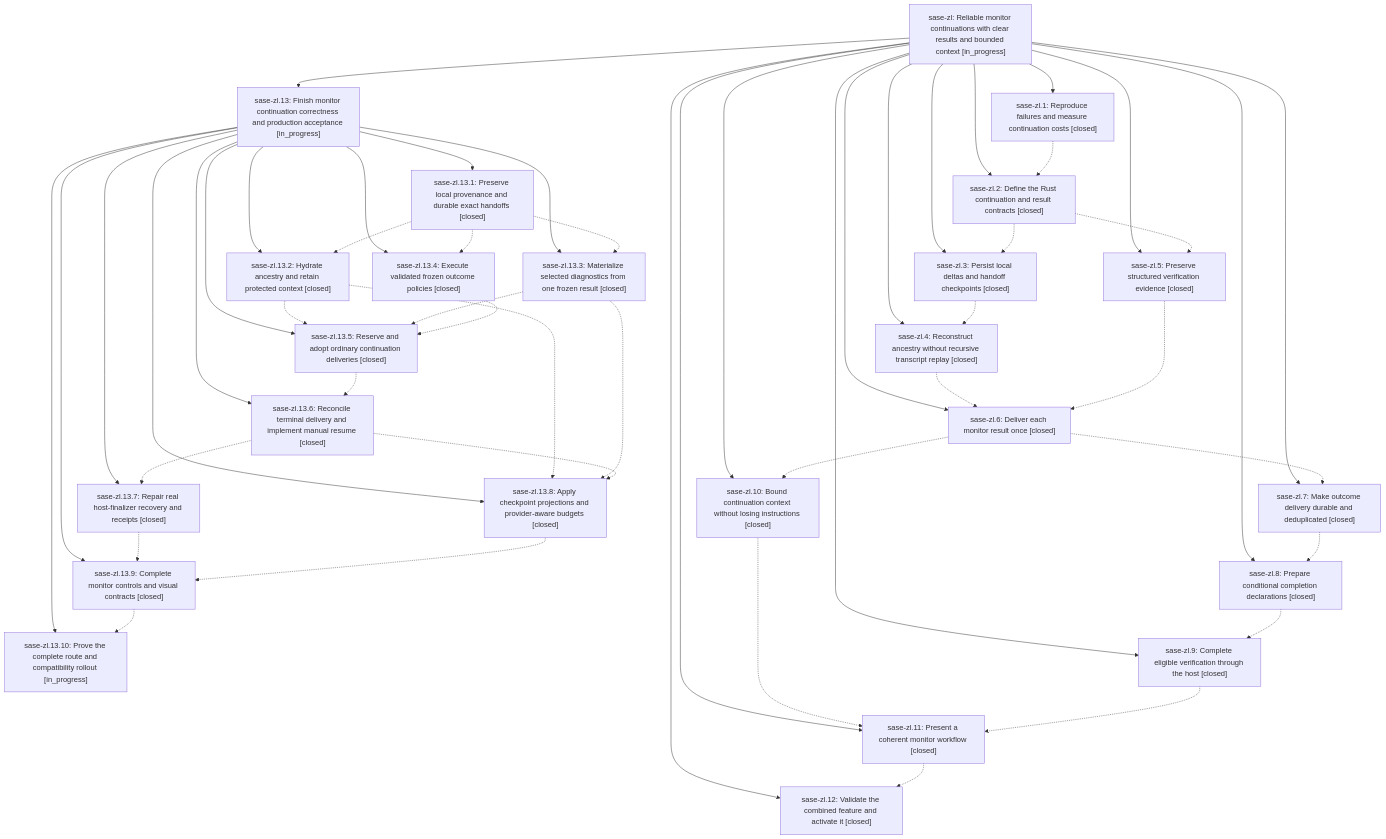
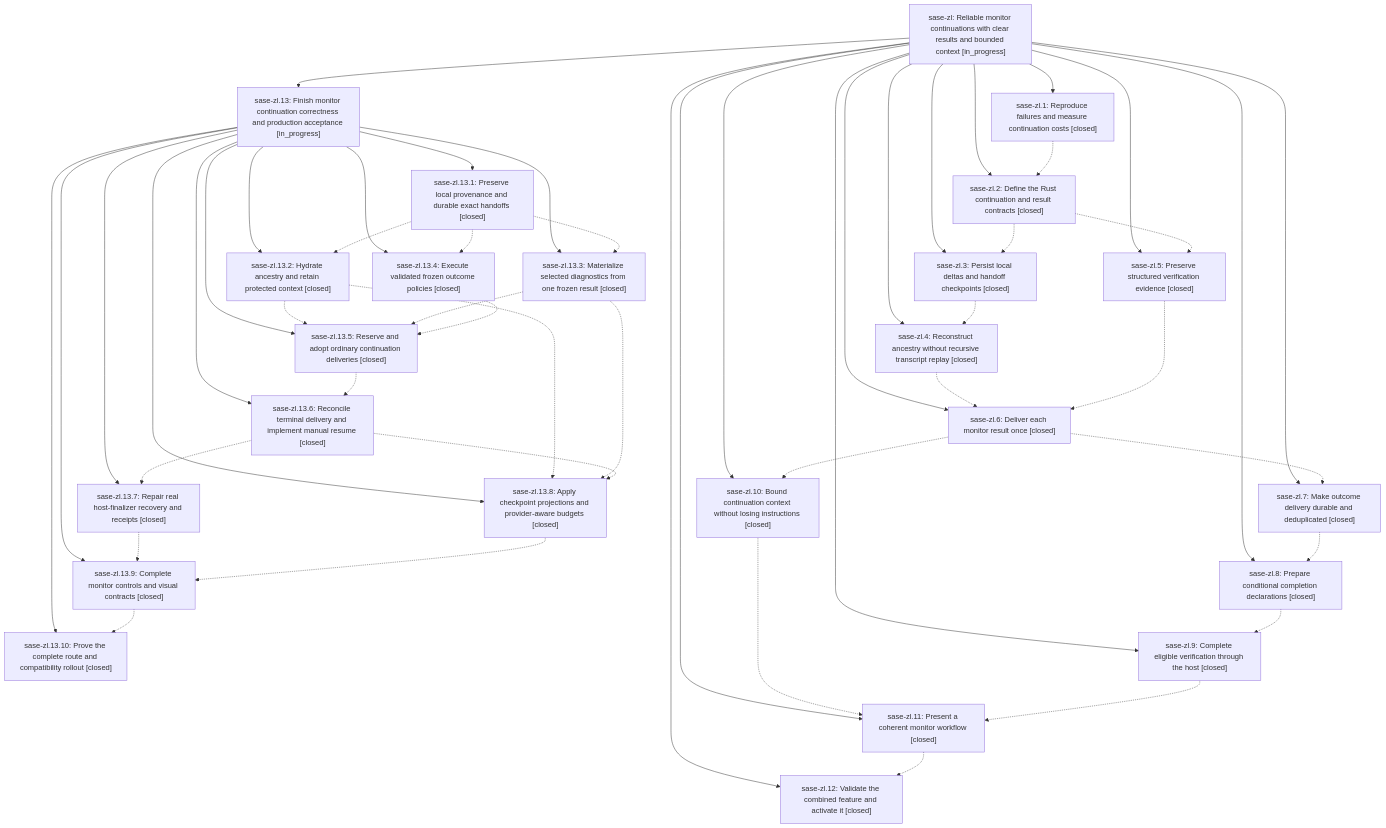
Before and after one commit to sase-org/sase--beads: the diagram in pages/sase-zl/README.md, drawn with Mermaid. The commit also changed other lines of this file and 5 other files, not shown here.

````diff
--- a/pages/sase-zl/README.md
+++ b/pages/sase-zl/README.md
@@ -67,77 +67,77 @@
 ```mermaid
 flowchart TD
     n0["sase-zl: Reliable monitor continuations with clear results and bounded context [in_progress]"]
     n1["sase-zl.1: Reproduce failures and measure continuation costs [closed]"]
     n2["sase-zl.10: Bound continuation context without losing instructions [closed]"]
     n3["sase-zl.11: Present a coherent monitor workflow [closed]"]
     n4["sase-zl.12: Validate the combined feature and activate it [closed]"]
     n5["sase-zl.13: Finish monitor continuation correctness and production acceptance [in_progress]"]
     n6["sase-zl.13.1: Preserve local provenance and durable exact handoffs [closed]"]
-    n7["sase-zl.13.10: Prove the complete route and compatibility rollout [in_progress]"]
+    n7["sase-zl.13.10: Prove the complete route and compatibility rollout [closed]"]
     n8["sase-zl.13.2: Hydrate ancestry and retain protected context [closed]"]
     n9["sase-zl.13.3: Materialize selected diagnostics from one frozen result [closed]"]
     n10["sase-zl.13.4: Execute validated frozen outcome policies [closed]"]
     n11["sase-zl.13.5: Reserve and adopt ordinary continuation deliveries [closed]"]
     n12["sase-zl.13.6: Reconcile terminal delivery and implement manual resume [closed]"]
     n13["sase-zl.13.7: Repair real host-finalizer recovery and receipts [closed]"]
     n14["sase-zl.13.8: Apply checkpoint projections and provider-aware budgets [closed]"]
     n15["sase-zl.13.9: Complete monitor controls and visual contracts [closed]"]
     n16["sase-zl.2: Define the Rust continuation and result contracts [closed]"]
     n17["sase-zl.3: Persist local deltas and handoff checkpoints [closed]"]
     n18["sase-zl.4: Reconstruct ancestry without recursive transcript replay [closed]"]
     n19["sase-zl.5: Preserve structured verification evidence [closed]"]
     n20["sase-zl.6: Deliver each monitor result once [closed]"]
     n21["sase-zl.7: Make outcome delivery durable and deduplicated [closed]"]
     n22["sase-zl.8: Prepare conditional completion declarations [closed]"]
     n23["sase-zl.9: Complete eligible verification through the host [closed]"]
     n0 --> n1
     n0 --> n2
     n0 --> n3
     n0 --> n4
     n0 --> n5
     n5 --> n6
     n5 --> n7
     n5 --> n8
     n5 --> n9
     n5 --> n10
     n5 --> n11
     n5 --> n12
     n5 --> n13
     n5 --> n14
     n5 --> n15
     n0 --> n16
     n0 --> n17
     n0 --> n18
     n0 --> n19
     n0 --> n20
     n0 --> n21
     n0 --> n22
     n0 --> n23
     n1 -.-> n16
     n2 -.-> n3
     n3 -.-> n4
     n6 -.-> n8
     n6 -.-> n9
     n6 -.-> n10
     n8 -.-> n11
     n8 -.-> n14
     n9 -.-> n11
     n9 -.-> n14
     n10 -.-> n11
     n11 -.-> n12
     n12 -.-> n13
     n12 -.-> n14
     n13 -.-> n15
     n14 -.-> n15
     n15 -.-> n7
     n16 -.-> n17
     n16 -.-> n19
     n17 -.-> n18
     n18 -.-> n20
     n19 -.-> n20
     n20 -.-> n2
     n20 -.-> n21
     n21 -.-> n22
     n22 -.-> n23
     n23 -.-> n3
 ```
````
